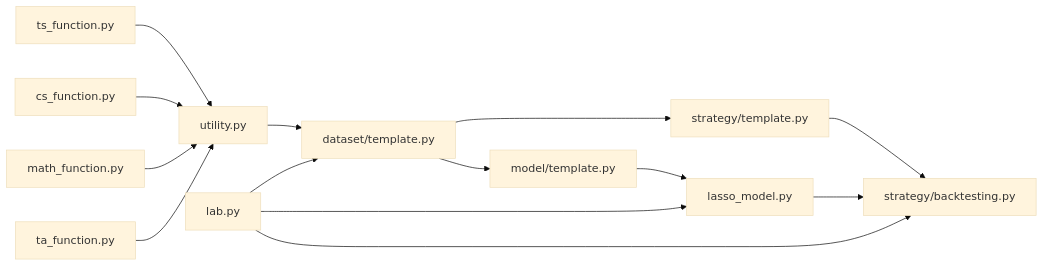
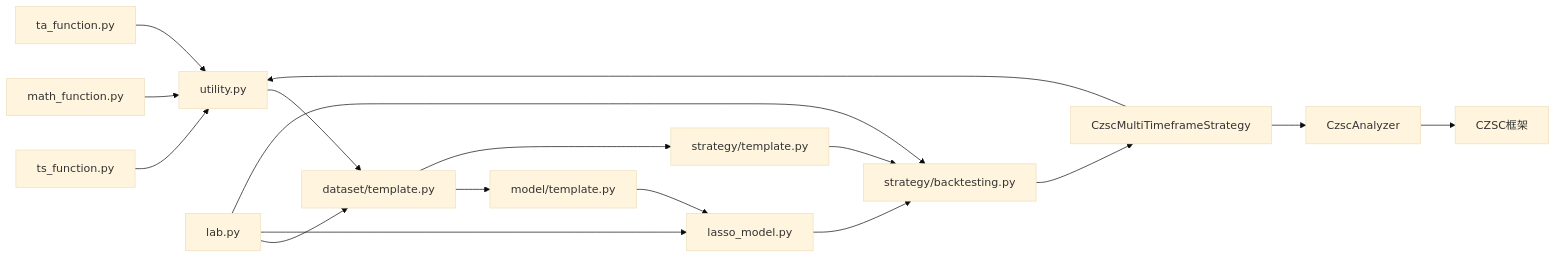
The tenth of 10 diagrams in .qoder/repowiki/zh/content/Alpha机器学习模块/Alpha策略模块.md (maxtwoon/vnpy), drawn with Mermaid (base theme) before and after one commit. The commit also changed other lines of this file and 3 other files, not shown here.

````diff
--- a/.qoder/repowiki/zh/content/Alpha机器学习模块/Alpha策略模块.md
+++ b/.qoder/repowiki/zh/content/Alpha机器学习模块/Alpha策略模块.md
@@ -307,16 +421,19 @@
 ```mermaid
 graph LR
 TS["ts_function.py"] --> UT["utility.py"]
 CS["cs_function.py"] --> UT
 MATH["math_function.py"] --> UT
 TA["ta_function.py"] --> UT
 UT --> DT["dataset/template.py"]
 DT --> MD["model/template.py"]
 MD --> LM["lasso_model.py"]
 DT --> ST["strategy/template.py"]
 ST --> BT["strategy/backtesting.py"]
 LM --> BT
 LAB["lab.py"] --> DT
 LAB --> LM
 LAB --> BT
+CA["CzscAnalyzer"] --> CZSC["CZSC框架"]
+CS["CzscMultiTimeframeStrategy"] --> CA
+BT --> CS
 ```
````
